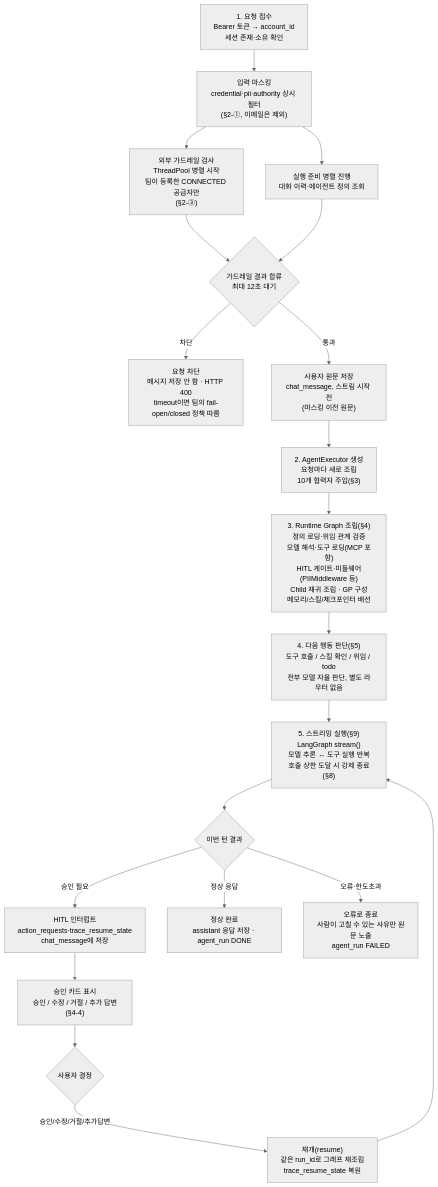
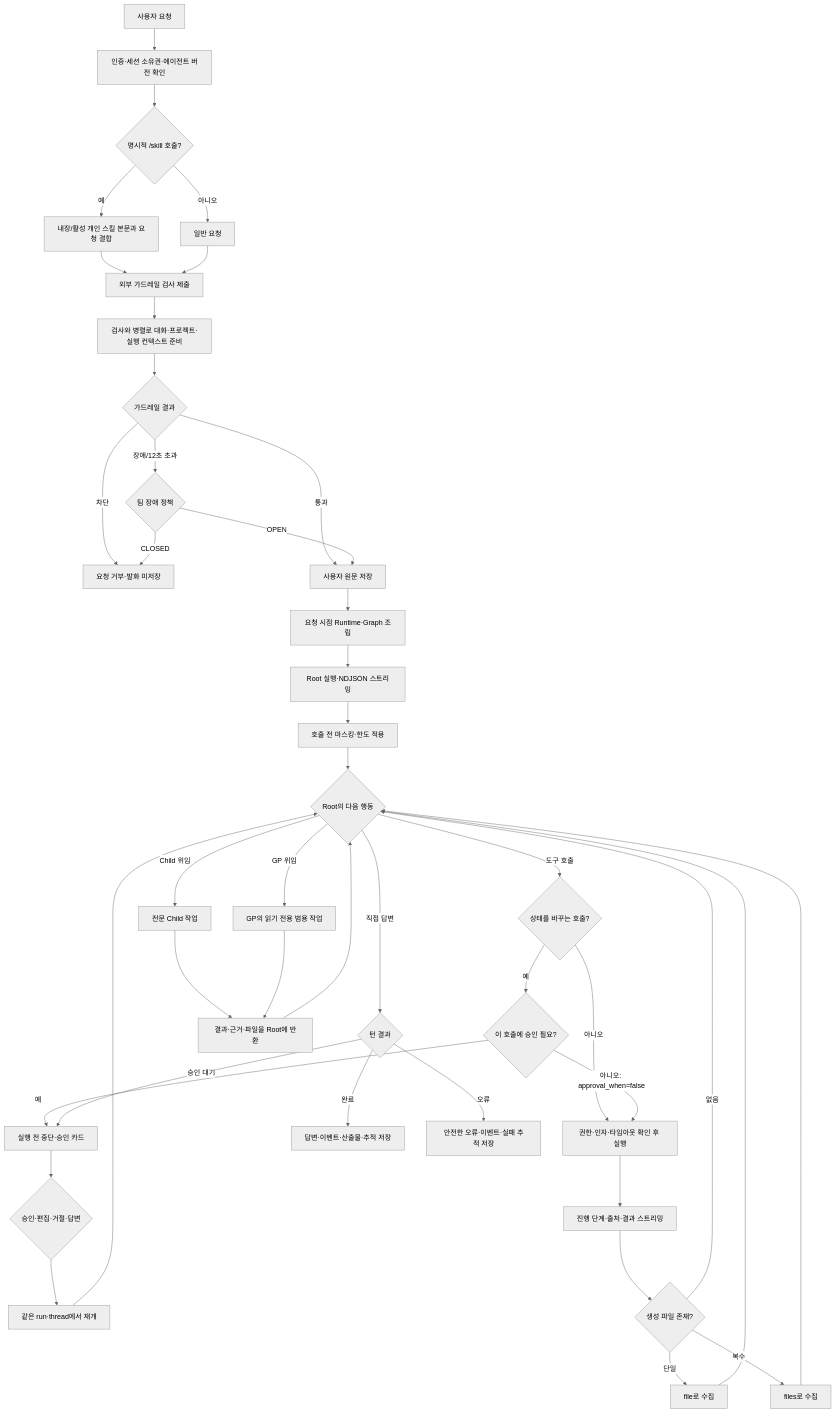
The diagram in docs/설계 및 구현/3_중간발표 이후/작업기록/Juyeon_Agents_Description/00_내부_흐름_분석.md (SKNETWORKS-FAMILY-AICAMP/SKN29-FINAL-2TEAM), drawn with Mermaid (neutral theme) before and after one commit. The commit also changed other lines of this file and 1 other file, not shown here.

First line of the commit message:
refactor: 에이전트 내부 흐름 문서를 현행화한다

````diff
--- a/docs/설계 및 구현/3_중간발표 이후/작업기록/Juyeon_Agents_Description/00_내부_흐름_분석.md
+++ b/docs/설계 및 구현/3_중간발표 이후/작업기록/Juyeon_Agents_Description/00_내부_흐름_분석.md
@@ -5,45 +7,44 @@
 ```mermaid
 flowchart TD
-    A["1. 요청 접수<br/>Bearer 토큰 → account_id<br/>세션 존재·소유 확인"]
-
-    B["입력 마스킹<br/>credential·pii·authority 상시 필터<br/>(§2-①, 이메일은 제외)"]
-
-    C1["외부 가드레일 검사<br/>ThreadPool 병렬 시작<br/>팀이 등록한 CONNECTED 공급자만<br/>(§2-③)"]
-    C2["실행 준비 병렬 진행<br/>대화 이력·에이전트 정의 조회"]
-
-    D{"가드레일 결과 합류<br/>최대 12초 대기"}
-    DBLOCK["요청 차단<br/>메시지 저장 안 함 · HTTP 400<br/>timeout이면 팀의 fail-open/closed 정책 따름"]
-
-    E["사용자 원문 저장<br/>chat_message, 스트림 시작 전<br/>(마스킹 이전 원문)"]
-
-    F["2. AgentExecutor 생성<br/>요청마다 새로 조립<br/>10개 협력자 주입(§3)"]
-
-    G["3. Runtime Graph 조립(§4)<br/>정의 로딩·위임 관계 검증<br/>모델 해석·도구 로딩(MCP 포함)<br/>HITL 게이트·미들웨어(PIIMiddleware 등)<br/>Child 재귀 조립 · GP 구성<br/>메모리/스킬/체크포인터 배선"]
-
-    H["4. 다음 행동 판단(§5)<br/>도구 호출 / 스킬 확인 / 위임 / todo<br/>전부 모델 자율 판단, 별도 라우터 없음"]
-
-    I["5. 스트리밍 실행(§9)<br/>LangGraph stream()<br/>모델 추론 ↔ 도구 실행 반복<br/>호출 상한 도달 시 강제 종료(§8)"]
-
-    J{"이번 턴 결과"}
-
-    K["HITL 인터럽트<br/>action_requests·trace_resume_state<br/>chat_message에 저장"]
-    L["승인 카드 표시<br/>승인 / 수정 / 거절 / 추가 답변(§4-4)"]
-    M{"사용자 결정"}
-    N["재개(resume)<br/>같은 run_id로 그래프 재조립<br/>trace_resume_state 복원"]
-
-    O["정상 완료<br/>assistant 응답 저장 · agent_run DONE"]
-    P["오류로 종료<br/>사람이 고칠 수 있는 사유만 원문 노출<br/>agent_run FAILED"]
-
-    A --> B
-    B --> C1
-    B --> C2
-    C1 --> D
-    C2 --> D
-    D -->|차단| DBLOCK
-    D -->|통과| E
-    E --> F --> G --> H --> I --> J
-    J -->|정상 응답| O
-    J -->|오류·한도초과| P
-    J -->|승인 필요| K --> L --> M
-    M -->|승인/수정/거절/추가답변| N --> I
+ A["사용자 요청"] --> B["인증·세션 소유권·에이전트 버전 확인"]
+ B --> C{"명시적 /skill 호출?"}
+ C -->|예| C1["내장/활성 개인 스킬 본문과 요청 결합"]
+ C -->|아니오| C2["일반 요청"]
+ C1 --> D["외부 가드레일 검사 제출"]
+ C2 --> D
+ D --> E["검사와 병렬로 대화·프로젝트·실행 컨텍스트 준비"]
+ E --> F{"가드레일 결과"}
+ F -->|차단| X["요청 거부·발화 미저장"]
+ F -->|통과| G["사용자 원문 저장"]
+ F -->|장애/12초 초과| F1{"팀 장애 정책"}
+ F1 -->|CLOSED| X
+ F1 -->|OPEN| G
+ G --> H["요청 시점 Runtime·Graph 조립"]
+ H --> I["Root 실행·NDJSON 스트리밍"]
+ I --> J["호출 전 마스킹·한도 적용"]
+ J --> K{"Root의 다음 행동"}
+ K -->|직접 답변| Z{"턴 결과"}
+ K -->|도구 호출| L{"상태를 바꾸는 호출?"}
+ K -->|Child 위임| CA["전문 Child 작업"]
+ K -->|GP 위임| GP["GP의 읽기 전용 범용 작업"]
+ CA --> R["결과·근거·파일을 Root에 반환"]
+ GP --> R
+ R --> K
+ L -->|아니오| RUN["권한·인자·타임아웃 확인 후 실행"]
+ L -->|예| M{"이 호출에 승인 필요?"}
+ M -->|아니오: approval_when=false| RUN
+ M -->|예| HITL["실행 전 중단·승인 카드"]
+ HITL --> DEC{"승인·편집·거절·답변"}
+ DEC --> RESUME["같은 run·thread에서 재개"]
+ RESUME --> K
+ RUN --> P["진행 단계·출처·결과 스트리밍"]
+ P --> PF{"생성 파일 존재?"}
+ PF -->|단일| P1["file로 수집"]
+ PF -->|복수| P2["files로 수집"]
+ PF -->|없음| K
+ P1 --> K
+ P2 --> K
+ Z -->|완료| OK["답변·이벤트·산출물·추적 저장"]
+ Z -->|승인 대기| HITL
+ Z -->|오류| ER["안전한 오류·이벤트·실패 추적 저장"]
 ```
````
